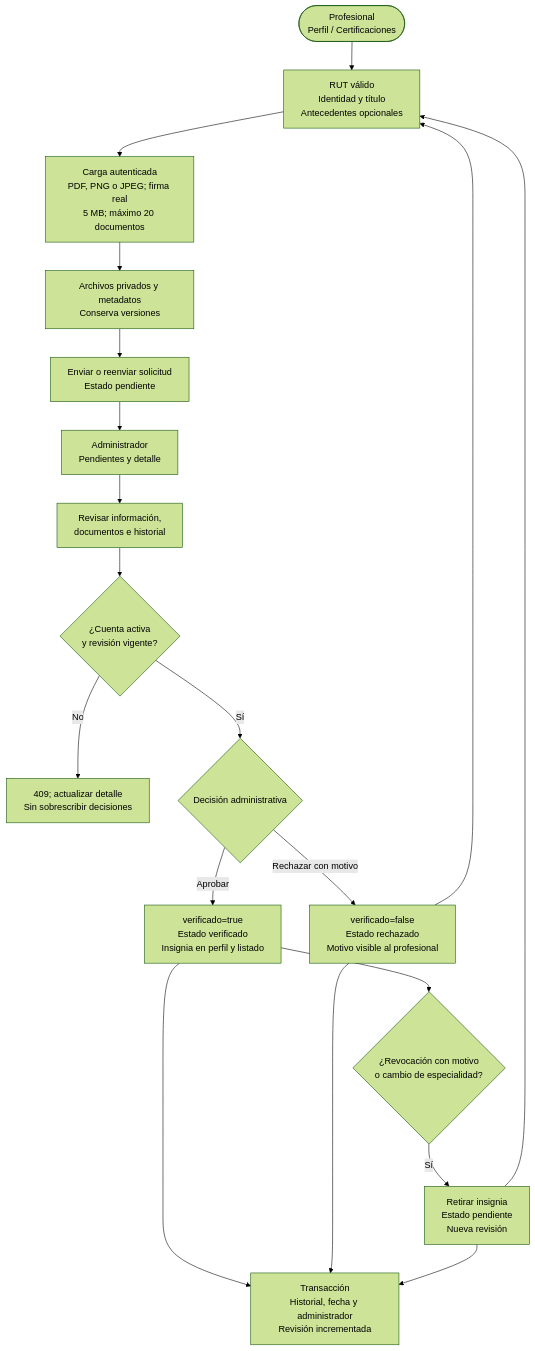
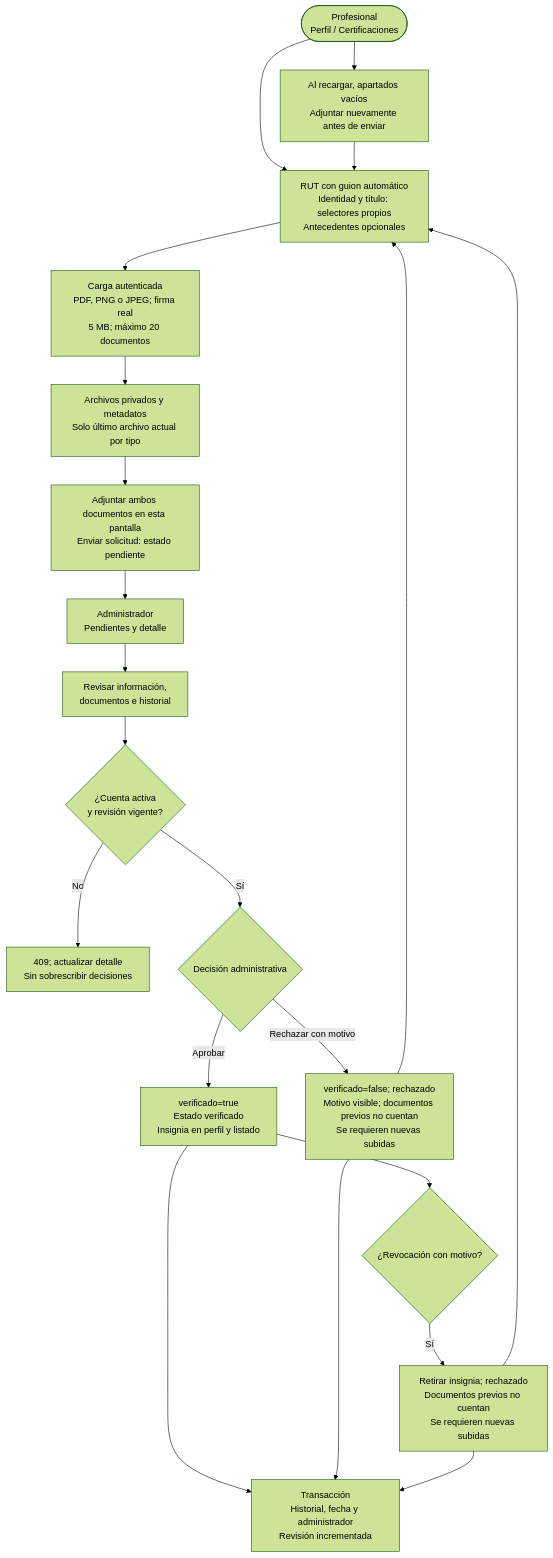
Before and after one commit to rodriacr/FitSearch: the diagram in FASE 2/Evidencias Proyecto/Evidencias de documentación/Diagramas (Miro)/Actualización Sprint 3/11_Verificacion_Administrativa.mmd, drawn with Mermaid (forest theme). The commit also changed 9 other files, not shown here.

```diff
--- a/FASE 2/Evidencias Proyecto/Evidencias de documentación/Diagramas (Miro)/Actualización Sprint 3/11_Verificacion_Administrativa.mmd
+++ b/FASE 2/Evidencias Proyecto/Evidencias de documentación/Diagramas (Miro)/Actualización Sprint 3/11_Verificacion_Administrativa.mmd
@@ -1,19 +1,21 @@
 flowchart TD
-  P(["Profesional<br/>Perfil / Certificaciones"]) --> C["RUT válido<br/>Identidad y título<br/>Antecedentes opcionales"]
+  P(["Profesional<br/>Perfil / Certificaciones"]) --> C["RUT con guion automático<br/>Identidad y título: selectores propios<br/>Antecedentes opcionales"]
   C --> U["Carga autenticada<br/>PDF, PNG o JPEG; firma real<br/>5 MB; máximo 20 documentos"]
-  U --> S["Archivos privados y metadatos<br/>Conserva versiones"]
-  S --> E["Enviar o reenviar solicitud<br/>Estado pendiente"]
+  U --> S["Archivos privados y metadatos<br/>Solo último archivo actual por tipo"]
+  S --> E["Adjuntar ambos documentos en esta pantalla<br/>Enviar solicitud: estado pendiente"]
+  P --> F["Al recargar, apartados vacíos<br/>Adjuntar nuevamente antes de enviar"]
+  F --> C
   E --> L["Administrador<br/>Pendientes y detalle"]
   L --> D["Revisar información,<br/>documentos e historial"]
   D --> R{"¿Cuenta activa<br/>y revisión vigente?"}
   R -->|"No"| X["409; actualizar detalle<br/>Sin sobrescribir decisiones"]
   R -->|"Sí"| V{"Decisión administrativa"}
   V -->|"Aprobar"| A["verificado=true<br/>Estado verificado<br/>Insignia en perfil y listado"]
-  V -->|"Rechazar con motivo"| H["verificado=false<br/>Estado rechazado<br/>Motivo visible al profesional"]
+  V -->|"Rechazar con motivo"| H["verificado=false; rechazado<br/>Motivo visible; documentos previos no cuentan<br/>Se requieren nuevas subidas"]
   H --> C
-  A --> J{"¿Revocación con motivo<br/>o cambio de especialidad?"}
-  J -->|"Sí"| N["Retirar insignia<br/>Estado pendiente<br/>Nueva revisión"]
+  A --> J{"¿Revocación con motivo?"}
+  J -->|"Sí"| N["Retirar insignia; rechazado<br/>Documentos previos no cuentan<br/>Se requieren nuevas subidas"]
   N --> C
   A --> T["Transacción<br/>Historial, fecha y administrador<br/>Revisión incrementada"]
   H --> T
   N --> T
```
